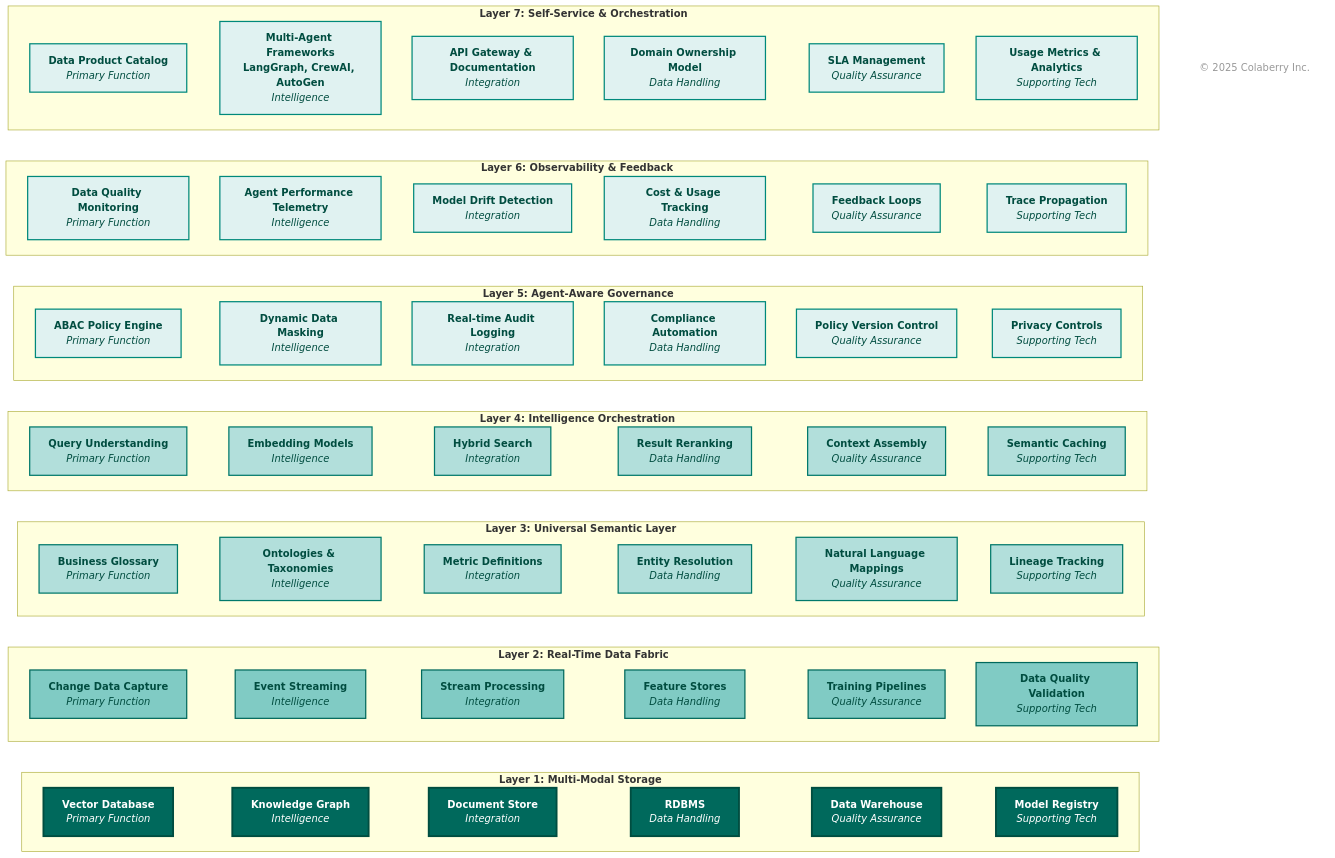
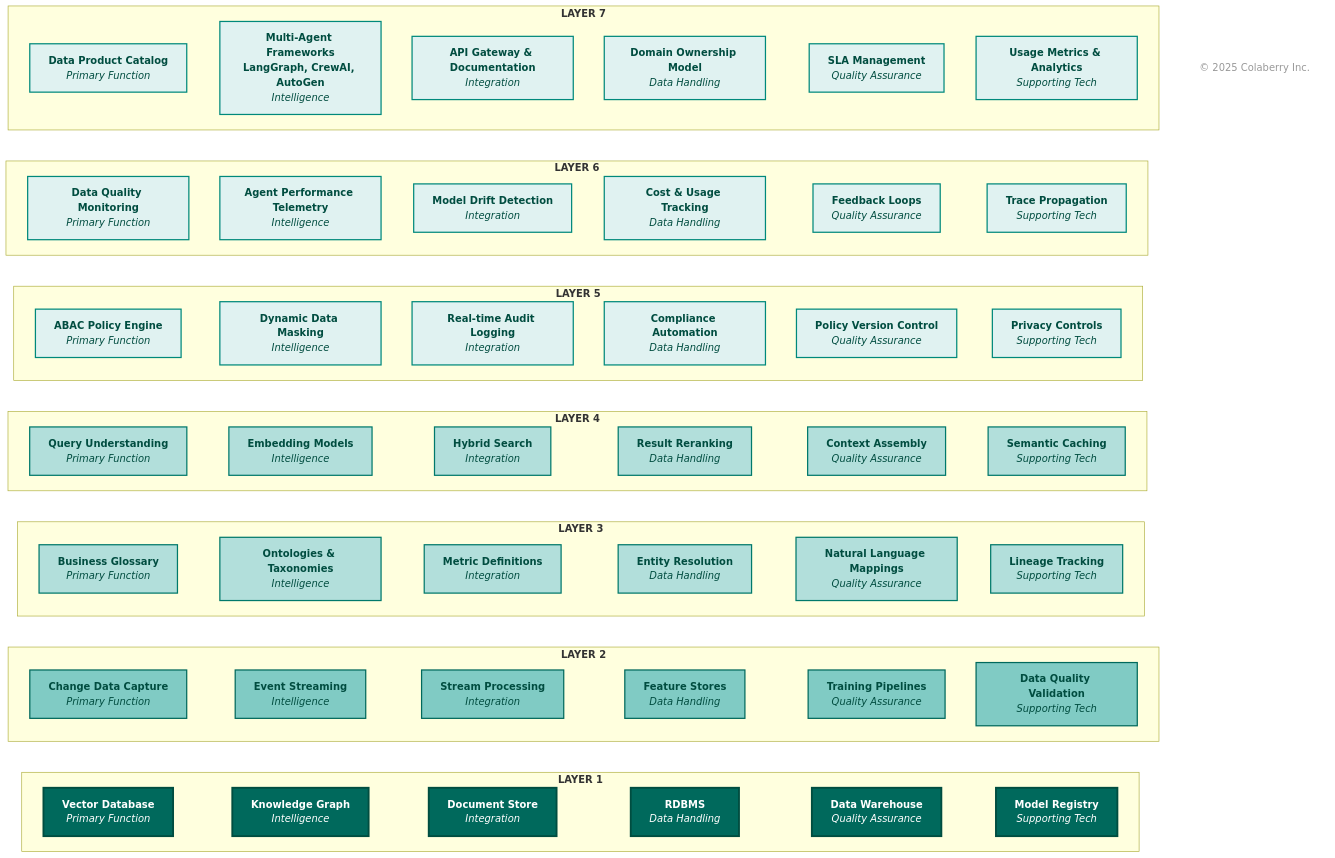
The third of 16 diagrams in chapter-01/chapter_1_complete.md (colaberry/enterprise-data-readiness-ai-agents), drawn with Mermaid before and after one commit. The commit also changed other lines of this file, not shown here.

Commit message:
7 layes for better visibility
7 layes for better visibility

````diff
--- a/chapter-01/chapter_1_complete.md
+++ b/chapter-01/chapter_1_complete.md
@@ -312,6 +312,6 @@
 ```mermaid
 graph TB
-    subgraph L7["`**Layer 7: Self-Service & Orchestration**`"]
+    subgraph L7["`**LAYER 7**`"]
         L7A["`**Data Product Catalog**<br/><i>Primary Function</i>`"]
         L7B["`**Multi-Agent Frameworks**<br/><b>LangGraph, CrewAI, AutoGen</b><br/><i>Intelligence</i>`"]
         L7C["`**API Gateway & Documentation**<br/><i>Integration</i>`"]
@@ -320,7 +320,7 @@
         L7F["`**Usage Metrics & Analytics**<br/><i>Supporting Tech</i>`"]
     end
 
-    subgraph L6["`**Layer 6: Observability & Feedback**`"]
+    subgraph L6["`**LAYER 6**`"]
         L6A["`**Data Quality Monitoring**<br/><i>Primary Function</i>`"]
         L6B["`**Agent Performance Telemetry**<br/><i>Intelligence</i>`"]
         L6C["`**Model Drift Detection**<br/><i>Integration</i>`"]
@@ -329,7 +329,7 @@
         L6F["`**Trace Propagation**<br/><i>Supporting Tech</i>`"]
     end
 
-    subgraph L5["`**Layer 5: Agent-Aware Governance**`"]
+    subgraph L5["`**LAYER 5**`"]
         L5A["`**ABAC Policy Engine**<br/><i>Primary Function</i>`"]
         L5B["`**Dynamic Data Masking**<br/><i>Intelligence</i>`"]
         L5C["`**Real-time Audit Logging**<br/><i>Integration</i>`"]
@@ -338,7 +338,7 @@
         L5F["`**Privacy Controls**<br/><i>Supporting Tech</i>`"]
     end
 
-    subgraph L4["`**Layer 4: Intelligence Orchestration**`"]
+    subgraph L4["`**LAYER 4**`"]
         L4A["`**Query Understanding**<br/><i>Primary Function</i>`"]
         L4B["`**Embedding Models**<br/><i>Intelligence</i>`"]
         L4C["`**Hybrid Search**<br/><i>Integration</i>`"]
@@ -347,7 +347,7 @@
         L4F["`**Semantic Caching**<br/><i>Supporting Tech</i>`"]
     end
 
-    subgraph L3["`**Layer 3: Universal Semantic Layer**`"]
+    subgraph L3["`**LAYER 3**`"]
         L3A["`**Business Glossary**<br/><i>Primary Function</i>`"]
         L3B["`**Ontologies & Taxonomies**<br/><i>Intelligence</i>`"]
         L3C["`**Metric Definitions**<br/><i>Integration</i>`"]
@@ -356,7 +356,7 @@
         L3F["`**Lineage Tracking**<br/><i>Supporting Tech</i>`"]
     end
 
-    subgraph L2["`**Layer 2: Real-Time Data Fabric**`"]
+    subgraph L2["`**LAYER 2**`"]
         L2A["`**Change Data Capture**<br/><i>Primary Function</i>`"]
         L2B["`**Event Streaming**<br/><i>Intelligence</i>`"]
         L2C["`**Stream Processing**<br/><i>Integration</i>`"]
@@ -365,7 +365,7 @@
         L2F["`**Data Quality Validation**<br/><i>Supporting Tech</i>`"]
     end
 
-    subgraph L1["`**Layer 1: Multi-Modal Storage**`"]
+    subgraph L1["`**LAYER 1**`"]
         L1A["`**Vector Database**<br/><i>Primary Function</i>`"]
         L1B["`**Knowledge Graph**<br/><i>Intelligence</i>`"]
         L1C["`**Document Store**<br/><i>Integration</i>`"]
````
